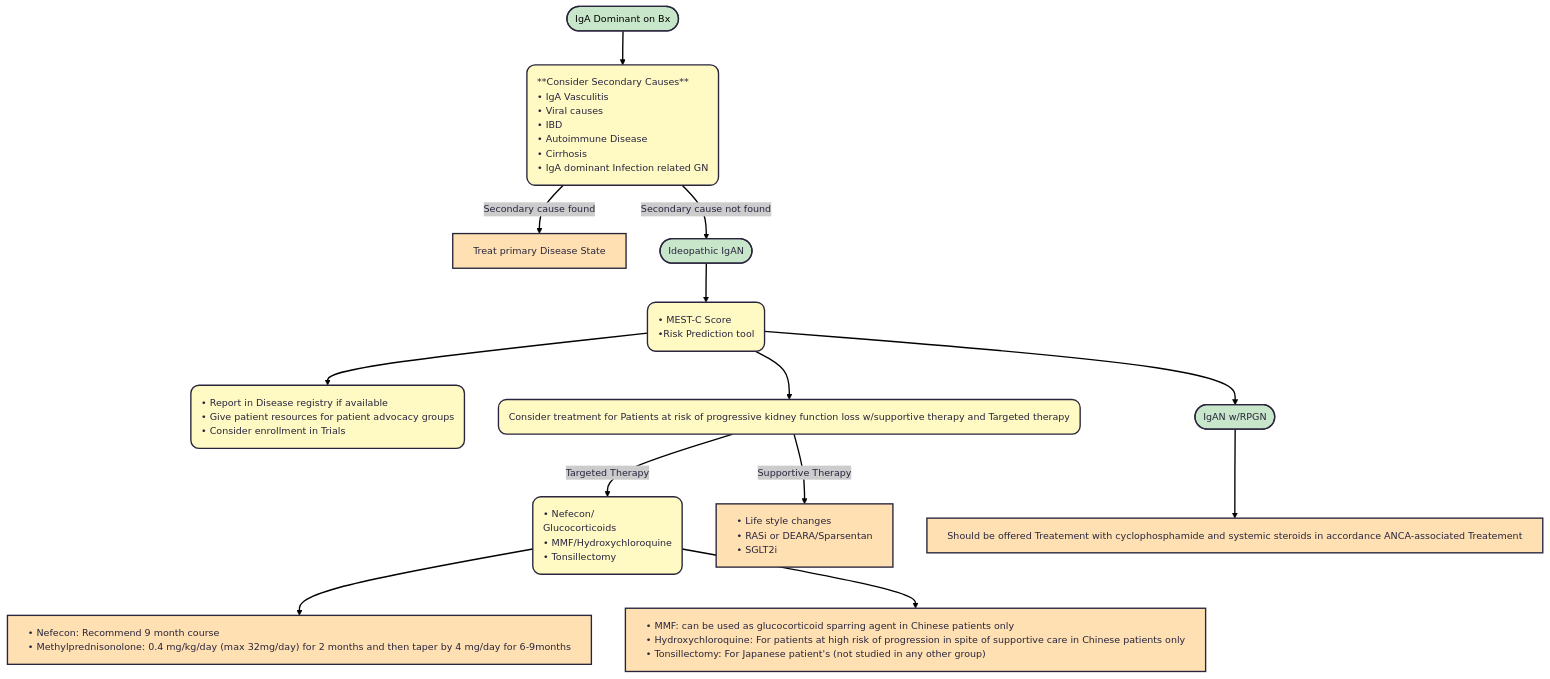
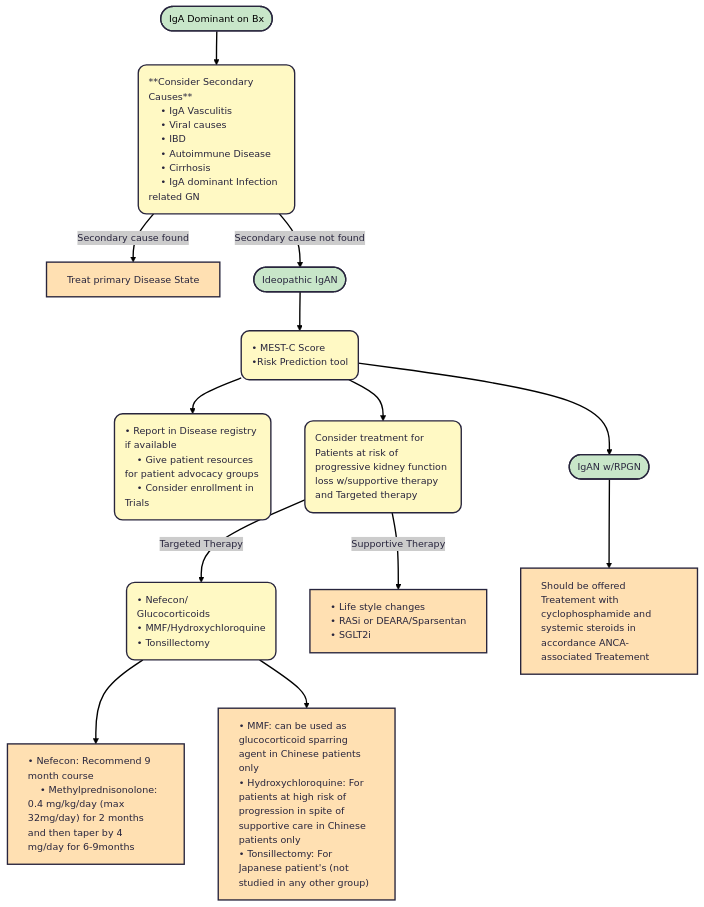
Before and after one commit to TTUNEPH2025/GN: the diagram in docs/IGAN.md, drawn with Mermaid.

````diff
--- a/docs/IGAN.md
+++ b/docs/IGAN.md
@@ -69,51 +69,51 @@
 ```mermaid
 ---
 config:
   theme: redux
 ---
 flowchart TD
     A(["IgA Dominant on Bx"]) --> n1["**Consider Secondary Causes**
     • IgA Vasculitis
     • Viral causes
     • IBD
     • Autoimmune Disease
     • Cirrhosis 
     • IgA dominant Infection related GN"]
     n1 -- Secondary cause found --> n2["Treat primary Disease State"]
     n1 -- Secondary cause not found --> n3(["Ideopathic IgAN"])
     n3 --> n4["• MEST-C Score
     •Risk Prediction tool"]
     n4 --> n5["• Report in Disease registry if available
     • Give patient resources for patient advocacy groups
     • Consider enrollment in Trials"] & n6["Consider treatment for Patients at risk of progressive kidney function loss w/supportive therapy and Targeted therapy"] & n9(["IgAN w/RPGN"])
     n6 -- Targeted Therapy --> n7["• Nefecon/
     Glucocorticoids
     • MMF/Hydroxychloroquine
     • Tonsillectomy"]
     n6 -- Supportive Therapy --> n8["• Life style changes
     • RASi or DEARA/Sparsentan
     • SGLT2i"]
     n9 --> n10["Should be offered Treatement with cyclophosphamide and systemic steroids in accordance ANCA-associated Treatement"]
     n7 --> n11["• Nefecon: Recommend 9 month course
     • Methylprednisonolone: 0.4 mg/kg/day (max 32mg/day) for 2 months and then taper by 4 mg/day for 6-9months"] & n12@{ label: "• MMF: can be used as glucocorticoid sparring agent in Chinese patients only\n    • Hydroxychloroquine: For patients at high risk of progression in spite of supportive care in Chinese patients only\n    • Tonsillectomy: For Japanese patient's (not studied in any other group)" }
     n1@{ shape: rounded}
     n4@{ shape: rounded}
     n5@{ shape: rounded}
     n6@{ shape: rounded}
     n7@{ shape: rounded}
     n8@{ shape: rect}
     n12@{ shape: rect}
     style A fill:#C8E6C9,color:#000000
-    style n1 fill:#FFF9C4,text-align:left,white-space:nowrap
-    style n2 fill:#FFE0B2,text-align:left,white-space:nowrap
-    style n3 fill:#C8E6C9,text-align:left,white-space:nowrap
-    style n4 fill:#FFF9C4,text-align:left,white-space:nowrap
-    style n5 fill:#FFF9C4,text-align:left,white-space:nowrap
-    style n6 fill:#FFF9C4,text-align:left,white-space:nowrap
-    style n9 fill:#C8E6C9,text-align:left,white-space:nowrap
-    style n7 fill:#FFF9C4,text-align:left,white-space:nowrap
-    style n8 fill:#FFE0B2,text-align:left,white-space:nowrap
-    style n10 fill:#FFE0B2,text-align:left,white-space:nowrap
-    style n11 fill:#FFE0B2,text-align:left,white-space:nowrap
-    style n12 fill:#FFE0B2,text-align:left,white-space:nowrap
+    style n1 fill:#FFF9C4,text-align:left
+    style n2 fill:#FFE0B2,text-align:left
+    style n3 fill:#C8E6C9,text-align:left
+    style n4 fill:#FFF9C4,text-align:left
+    style n5 fill:#FFF9C4,text-align:left
+    style n6 fill:#FFF9C4,text-align:left
+    style n9 fill:#C8E6C9,text-align:left
+    style n7 fill:#FFF9C4,text-align:left
+    style n8 fill:#FFE0B2,text-align:left
+    style n10 fill:#FFE0B2,text-align:left
+    style n11 fill:#FFE0B2,text-align:left
+    style n12 fill:#FFE0B2,text-align:left
 ```
````
